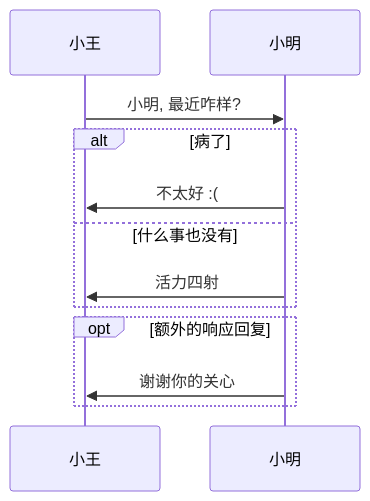
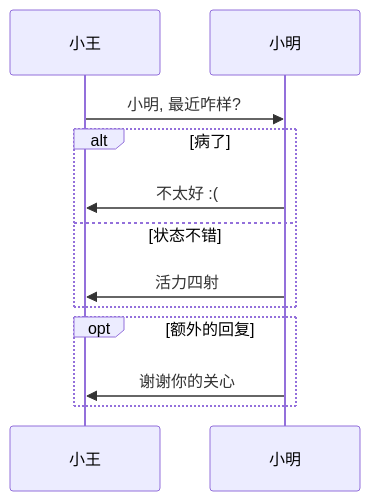
The diagram in notes/blogs/mermaid/demo/mermaid/sequence-opt-and-alt.md (superAlibi/notes), drawn with Mermaid before and after one commit. The commit also changed 4 other files, not shown here.

Commit message:
调整已有的图例词语

````diff
--- a/notes/blogs/mermaid/demo/mermaid/sequence-opt-and-alt.md
+++ b/notes/blogs/mermaid/demo/mermaid/sequence-opt-and-alt.md
@@ -3,12 +3,12 @@
 ```mermaid
 sequenceDiagram
     小王->>小明: 小明, 最近咋样?
     alt 病了
         小明->>小王: 不太好 :(
-    else 什么事也没有
+    else 状态不错
         小明->>小王: 活力四射
     end
-    opt 额外的响应回复
+    opt 额外的回复
         小明->>小王: 谢谢你的关心
     end
 ```
````
